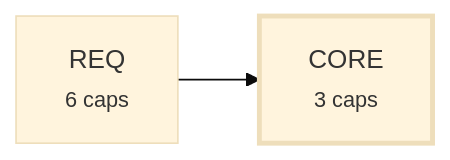
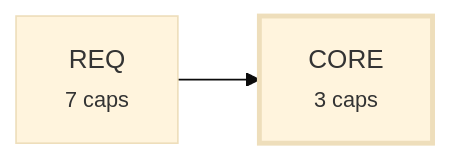
Before and after one commit to alxmax/Requirement-manager: the third of 4 diagrams in plugin/requirements/_map.md, drawn with Mermaid (base theme). The commit also changed other lines of this file and 9 other files, not shown here.

````diff
--- a/plugin/requirements/_map.md
+++ b/plugin/requirements/_map.md
@@ -90,7 +96,7 @@
 ```mermaid
 graph LR
   a_CORE["CORE<br><small>3 caps</small>"]
-  a_REQ["REQ<br><small>6 caps</small>"]
+  a_REQ["REQ<br><small>7 caps</small>"]
   a_REQ --> a_CORE
   style a_CORE stroke-width:3px
 ```
````
